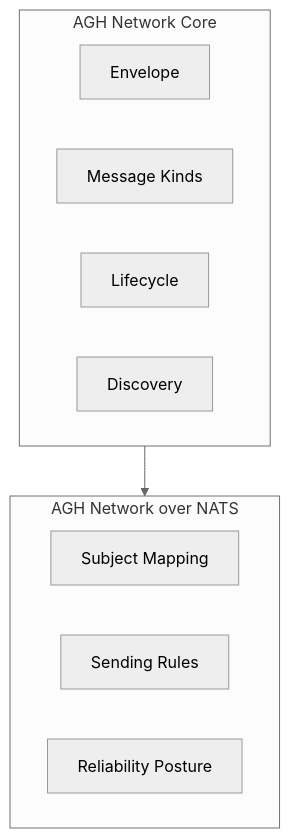
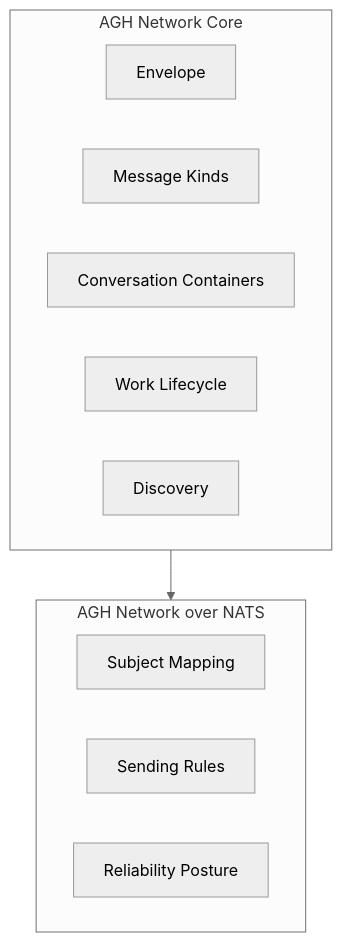
One commit to compozy/agh changed the first of 7 diagrams in docs/rfcs/003_agh-network-v0.md. Above: the diagram before and after it, drawn with Mermaid (neutral theme). The commit also changed other lines of this file and 3 other files, not shown here.

````diff
--- a/docs/rfcs/003_agh-network-v0.md
+++ b/docs/rfcs/003_agh-network-v0.md
@@ -121,17 +199,18 @@
 ```mermaid
 flowchart TD
     subgraph L1["AGH Network Core"]
         E["Envelope"]
         K["Message Kinds"]
-        IL["Lifecycle"]
+        C["Conversation Containers"]
+        W["Work Lifecycle"]
         D["Discovery"]
     end
 
     subgraph L2["AGH Network over NATS"]
         SM["Subject Mapping"]
         SR["Sending Rules"]
         RP["Reliability Posture"]
     end
 
     L1 --> L2
 ```
````
